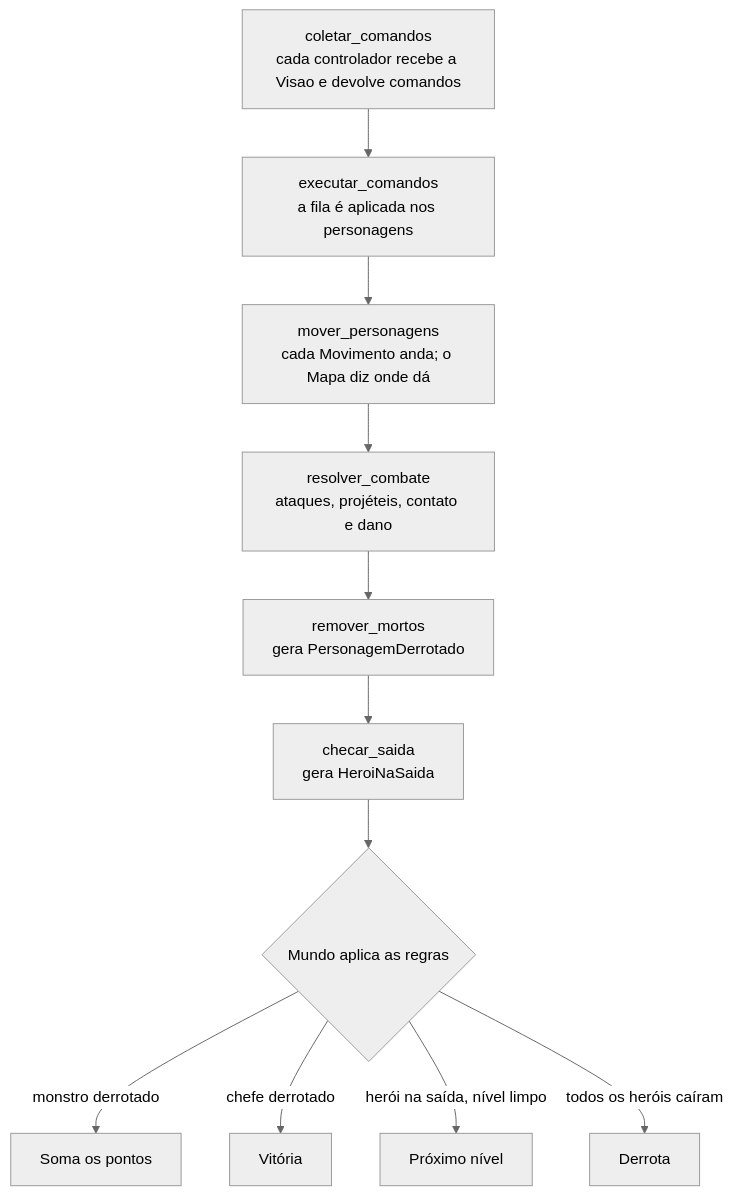
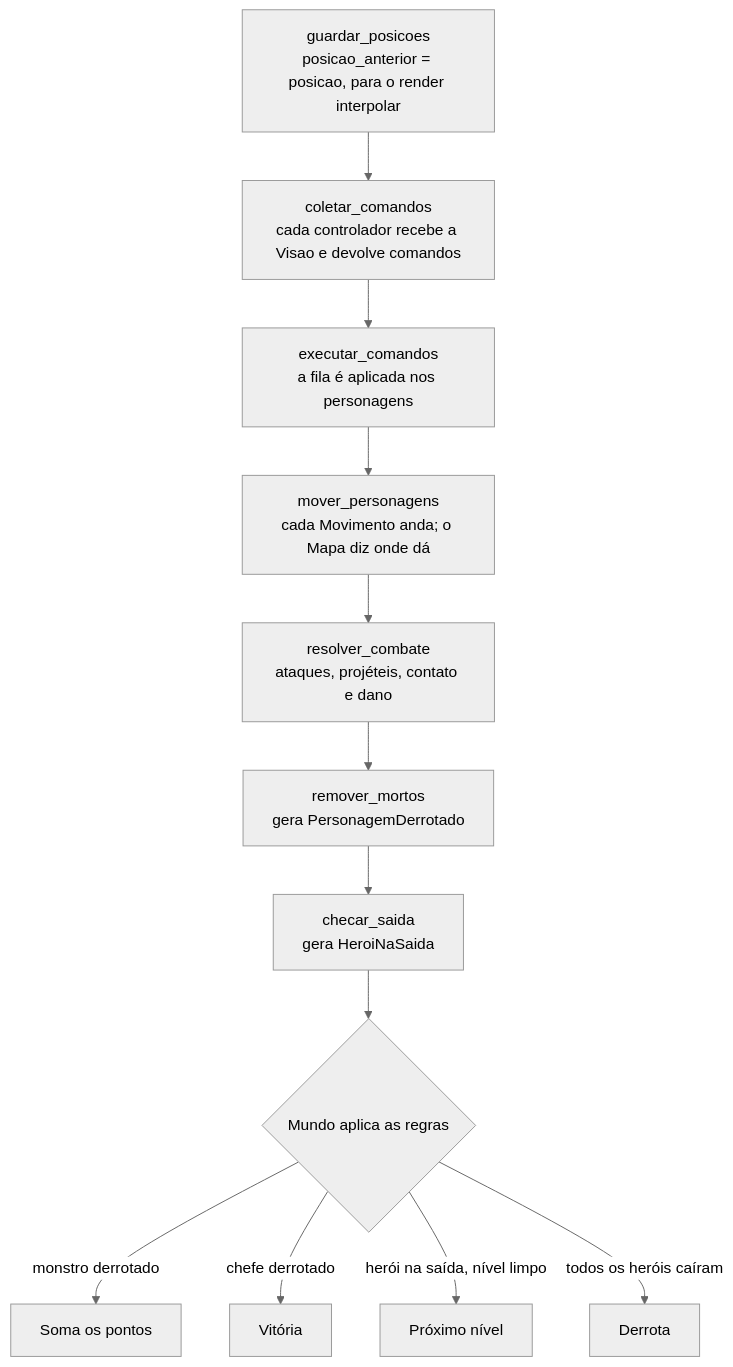
One commit to Dsoft-Pygame/The_Legend_of_Insper changed the fourth of 5 diagrams in docs/ARQUITETURA.md. Above: the diagram before and after it, drawn with Mermaid (neutral theme). The commit also changed other lines of this file and 20 other files, not shown here.

````diff
--- a/docs/ARQUITETURA.md
+++ b/docs/ARQUITETURA.md
@@ -249,13 +293,14 @@
 ```mermaid
 flowchart TD
+    Z["guardar_posicoes<br/>posicao_anterior = posicao, para o render interpolar"] --> A
     A["coletar_comandos<br/>cada controlador recebe a Visao e devolve comandos"] --> B["executar_comandos<br/>a fila é aplicada nos personagens"]
     B --> C["mover_personagens<br/>cada Movimento anda; o Mapa diz onde dá"]
     C --> D["resolver_combate<br/>ataques, projéteis, contato e dano"]
     D --> E["remover_mortos<br/>gera PersonagemDerrotado"]
     E --> F["checar_saida<br/>gera HeroiNaSaida"]
     F --> G{"Mundo aplica as regras"}
     G -->|monstro derrotado| H[Soma os pontos]
     G -->|chefe derrotado| I[Vitória]
     G -->|herói na saída, nível limpo| J[Próximo nível]
     G -->|todos os heróis caíram| K[Derrota]
 ```
````
